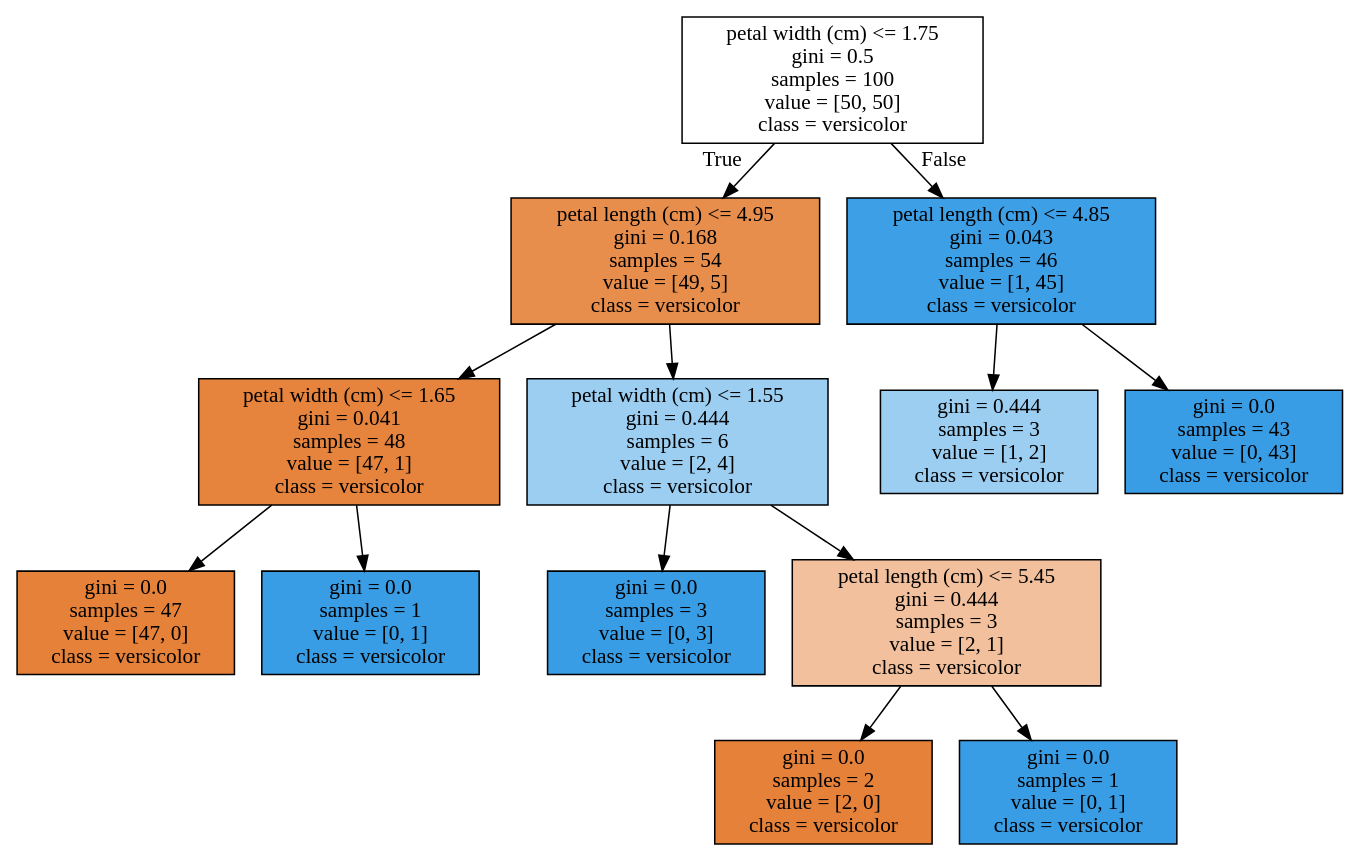
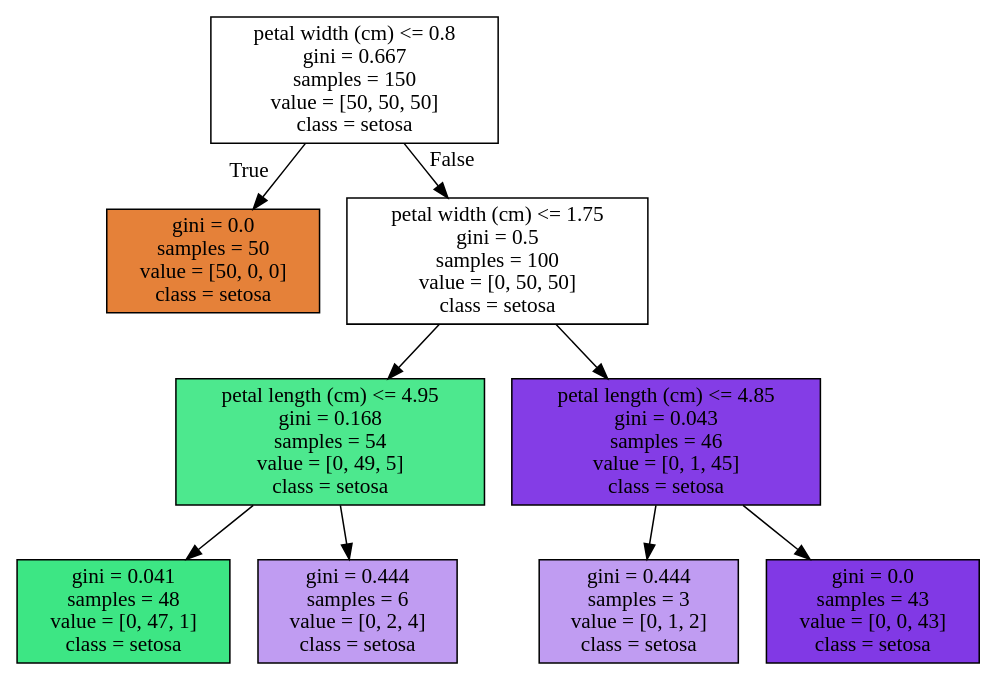
The diagram in ai_bytes/classification/decision_tree.dot (dpatchigolla/dpatchigolla.github.io), drawn with Graphviz before and after one commit. The commit also changed 22 other files, not shown here.

```diff
--- a/ai_bytes/classification/decision_tree.dot
+++ b/ai_bytes/classification/decision_tree.dot
@@ -1,28 +1,20 @@
 digraph Tree {
 node [shape=box, style="filled", color="black"] ;
-0 [label="petal width (cm) <= 1.75\ngini = 0.5\nsamples = 100\nvalue = [50, 50]\nclass = versicolor", fillcolor="#ffffff"] ;
-1 [label="petal length (cm) <= 4.95\ngini = 0.168\nsamples = 54\nvalue = [49, 5]\nclass = versicolor", fillcolor="#e88e4d"] ;
+0 [label="petal width (cm) <= 0.8\ngini = 0.667\nsamples = 150\nvalue = [50, 50, 50]\nclass = setosa", fillcolor="#ffffff"] ;
+1 [label="gini = 0.0\nsamples = 50\nvalue = [50, 0, 0]\nclass = setosa", fillcolor="#e58139"] ;
 0 -> 1 [labeldistance=2.5, labelangle=45, headlabel="True"] ;
-2 [label="petal width (cm) <= 1.65\ngini = 0.041\nsamples = 48\nvalue = [47, 1]\nclass = versicolor", fillcolor="#e6843d"] ;
-1 -> 2 ;
-3 [label="gini = 0.0\nsamples = 47\nvalue = [47, 0]\nclass = versicolor", fillcolor="#e58139"] ;
+2 [label="petal width (cm) <= 1.75\ngini = 0.5\nsamples = 100\nvalue = [0, 50, 50]\nclass = setosa", fillcolor="#ffffff"] ;
+0 -> 2 [labeldistance=2.5, labelangle=-45, headlabel="False"] ;
+3 [label="petal length (cm) <= 4.95\ngini = 0.168\nsamples = 54\nvalue = [0, 49, 5]\nclass = setosa", fillcolor="#4de88e"] ;
 2 -> 3 ;
-4 [label="gini = 0.0\nsamples = 1\nvalue = [0, 1]\nclass = versicolor", fillcolor="#399de5"] ;
-2 -> 4 ;
-5 [label="petal width (cm) <= 1.55\ngini = 0.444\nsamples = 6\nvalue = [2, 4]\nclass = versicolor", fillcolor="#9ccef2"] ;
-1 -> 5 ;
-6 [label="gini = 0.0\nsamples = 3\nvalue = [0, 3]\nclass = versicolor", fillcolor="#399de5"] ;
-5 -> 6 ;
-7 [label="petal length (cm) <= 5.45\ngini = 0.444\nsamples = 3\nvalue = [2, 1]\nclass = versicolor", fillcolor="#f2c09c"] ;
-5 -> 7 ;
-8 [label="gini = 0.0\nsamples = 2\nvalue = [2, 0]\nclass = versicolor", fillcolor="#e58139"] ;
-7 -> 8 ;
-9 [label="gini = 0.0\nsamples = 1\nvalue = [0, 1]\nclass = versicolor", fillcolor="#399de5"] ;
-7 -> 9 ;
-10 [label="petal length (cm) <= 4.85\ngini = 0.043\nsamples = 46\nvalue = [1, 45]\nclass = versicolor", fillcolor="#3d9fe6"] ;
-0 -> 10 [labeldistance=2.5, labelangle=-45, headlabel="False"] ;
-11 [label="gini = 0.444\nsamples = 3\nvalue = [1, 2]\nclass = versicolor", fillcolor="#9ccef2"] ;
-10 -> 11 ;
-12 [label="gini = 0.0\nsamples = 43\nvalue = [0, 43]\nclass = versicolor", fillcolor="#399de5"] ;
-10 -> 12 ;
+4 [label="gini = 0.041\nsamples = 48\nvalue = [0, 47, 1]\nclass = setosa", fillcolor="#3de684"] ;
+3 -> 4 ;
+5 [label="gini = 0.444\nsamples = 6\nvalue = [0, 2, 4]\nclass = setosa", fillcolor="#c09cf2"] ;
+3 -> 5 ;
+6 [label="petal length (cm) <= 4.85\ngini = 0.043\nsamples = 46\nvalue = [0, 1, 45]\nclass = setosa", fillcolor="#843de6"] ;
+2 -> 6 ;
+7 [label="gini = 0.444\nsamples = 3\nvalue = [0, 1, 2]\nclass = setosa", fillcolor="#c09cf2"] ;
+6 -> 7 ;
+8 [label="gini = 0.0\nsamples = 43\nvalue = [0, 0, 43]\nclass = setosa", fillcolor="#8139e5"] ;
+6 -> 8 ;
 }
```
